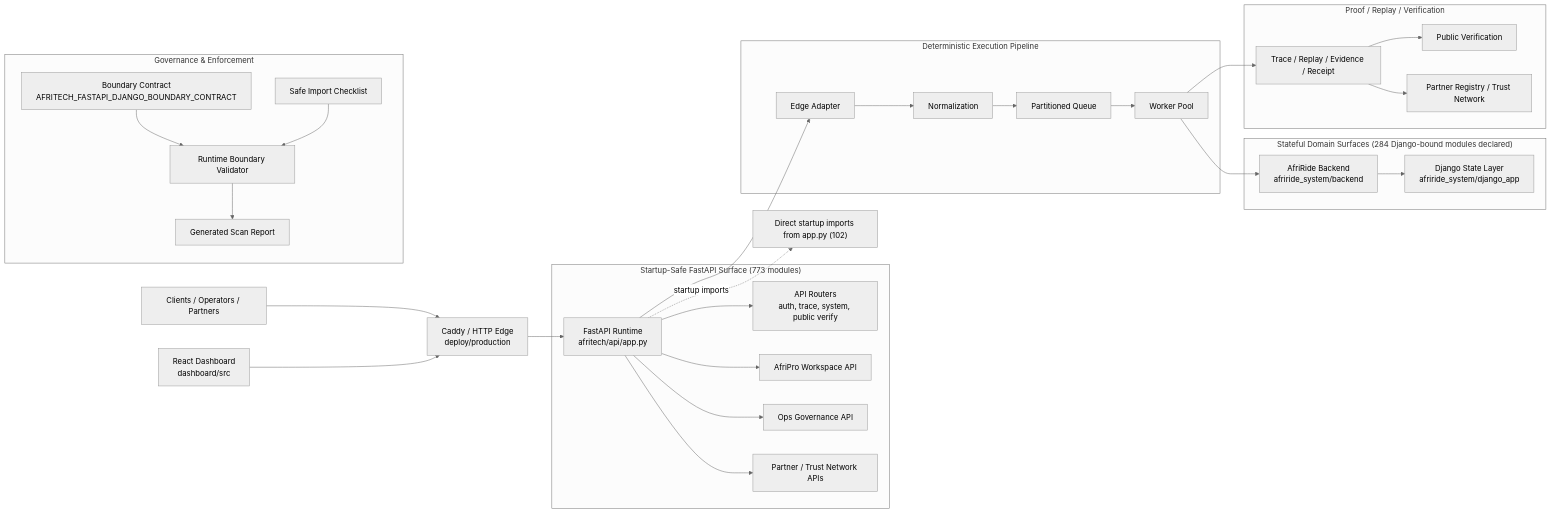
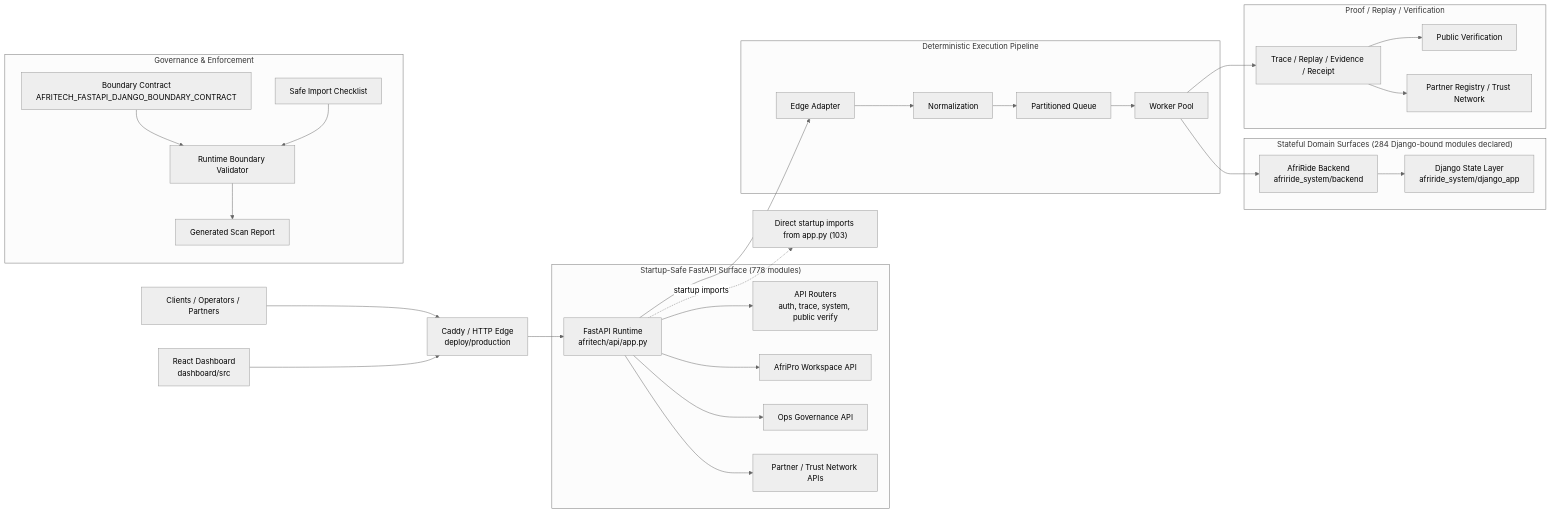
The first of 2 diagrams in docs/architecture/AFRITECH_FULL_ARCHITECTURE_GRAPH.md (Strelly2023/afritelematics), drawn with Mermaid (neutral theme) before and after one commit. The commit also changed other lines of this file and 30 other files, not shown here.

````diff
--- a/docs/architecture/AFRITECH_FULL_ARCHITECTURE_GRAPH.md
+++ b/docs/architecture/AFRITECH_FULL_ARCHITECTURE_GRAPH.md
@@ -22,39 +22,39 @@
 ```mermaid
 flowchart LR
     Client["Clients / Operators / Partners"] --> Edge["Caddy / HTTP Edge\ndeploy/production"]
     Dashboard["React Dashboard\ndashboard/src"] --> Edge
     Edge --> App["FastAPI Runtime\nafritech/api/app.py"]
 
-    subgraph FastAPI["Startup-Safe FastAPI Surface (773 modules)"]
+    subgraph FastAPI["Startup-Safe FastAPI Surface (778 modules)"]
         App --> Api["API Routers\nauth, trace, system, public verify"]
         App --> Workspace["AfriPro Workspace API"]
         App --> Governance["Ops Governance API"]
         App --> Trust["Partner / Trust Network APIs"]
     end
 
     subgraph Pipeline["Deterministic Execution Pipeline"]
         App --> Adapt["Edge Adapter"]
         Adapt --> Normalize["Normalization"]
         Normalize --> Queue["Partitioned Queue"]
         Queue --> Worker["Worker Pool"]
     end
 
     subgraph State["Stateful Domain Surfaces (284 Django-bound modules declared)"]
         Worker --> Domain["AfriRide Backend\nafriride_system/backend"]
         Domain --> Django["Django State Layer\nafriride_system/django_app"]
     end
 
     subgraph Proof["Proof / Replay / Verification"]
         Worker --> Trace["Trace / Replay / Evidence / Receipt"]
         Trace --> Public["Public Verification"]
         Trace --> Registry["Partner Registry / Trust Network"]
     end
 
     subgraph GovernancePlane["Governance & Enforcement"]
         Contract["Boundary Contract\nAFRITECH_FASTAPI_DJANGO_BOUNDARY_CONTRACT"] --> Validator["Runtime Boundary Validator"]
         Checklist["Safe Import Checklist"] --> Validator
         Validator --> Review["Generated Scan Report"]
     end
 
-    App -. startup imports .-> Imports["Direct startup imports from app.py (102)"]
+    App -. startup imports .-> Imports["Direct startup imports from app.py (103)"]
 ```
````
